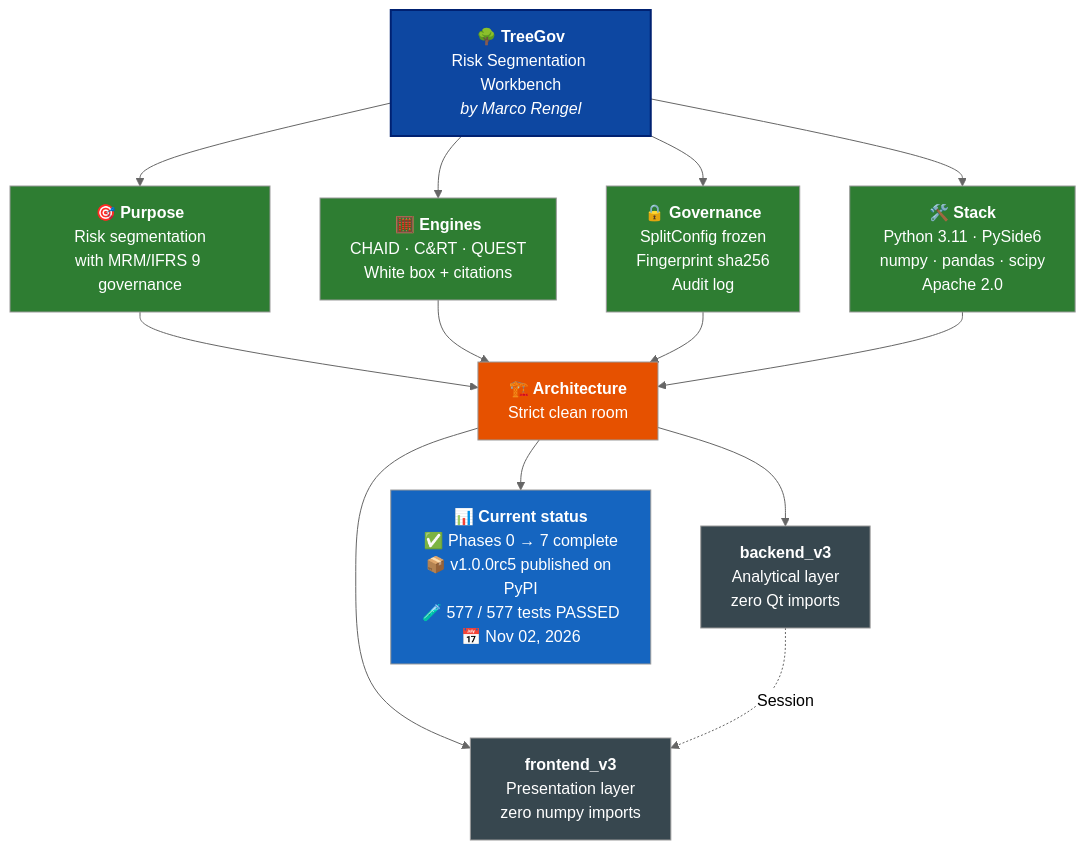
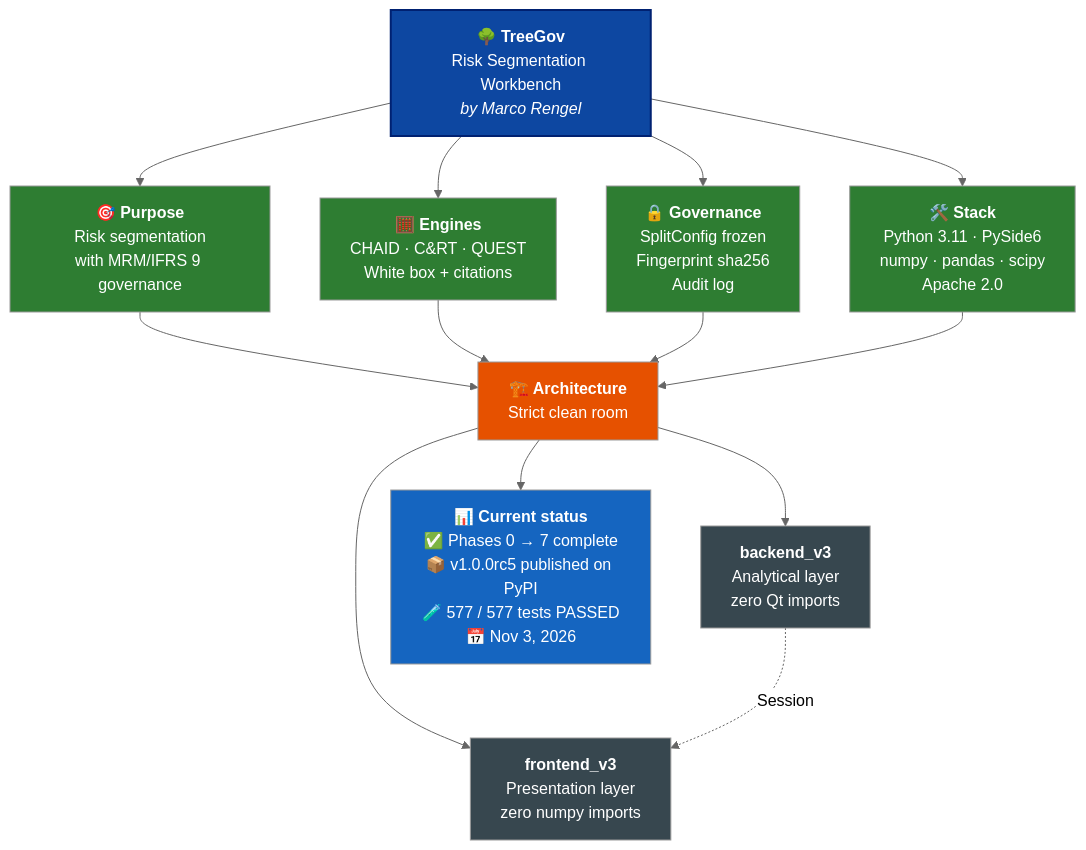
The diagram in README.md (Marco-Rengel/treegov), drawn with Mermaid (neutral theme) before and after one commit. The commit also changed 4 other files, not shown here.

````diff
--- a/README.md
+++ b/README.md
@@ -38,31 +38,31 @@
 ```mermaid
 flowchart TB
     TG["<b>🌳 TreeGov</b><br/>Risk Segmentation Workbench<br/><i>by Marco Rengel</i>"]
 
     TG --> P["<b>🎯 Purpose</b><br/>Risk segmentation<br/>with MRM/IFRS 9 governance"]
     TG --> M["<b>🧮 Engines</b><br/>CHAID · C&RT · QUEST<br/>White box + citations"]
     TG --> G["<b>🔒 Governance</b><br/>SplitConfig frozen<br/>Fingerprint sha256<br/>Audit log"]
     TG --> S["<b>🛠️ Stack</b><br/>Python 3.11 · PySide6<br/>numpy · pandas · scipy<br/>Apache 2.0"]
 
     P --> ARQ["<b>🏗️ Architecture</b><br/>Strict clean room"]
     M --> ARQ
     G --> ARQ
     S --> ARQ
 
     ARQ --> BE["<b>backend_v3</b><br/>Analytical layer<br/>zero Qt imports"]
     ARQ --> FE["<b>frontend_v3</b><br/>Presentation layer<br/>zero numpy imports"]
 
     BE -.->|Session| FE
 
-    ARQ --> ST["<b>📊 Current status</b><br/>✅ Phases 0 → 7 complete<br/>📦 v1.0.0rc5 published on PyPI<br/>🧪 577 / 577 tests PASSED<br/>📅 Nov 02, 2026"]
+    ARQ --> ST["<b>📊 Current status</b><br/>✅ Phases 0 → 7 complete<br/>📦 v1.0.0rc5 published on PyPI<br/>🧪 577 / 577 tests PASSED<br/>📅 Nov 3, 2026"]
 
     style TG fill:#0D47A1,color:#fff,stroke:#002171,stroke-width:2px
     style P fill:#2E7D32,color:#fff
     style M fill:#2E7D32,color:#fff
     style G fill:#2E7D32,color:#fff
     style S fill:#2E7D32,color:#fff
     style ARQ fill:#E65100,color:#fff
     style BE fill:#37474F,color:#fff
     style FE fill:#37474F,color:#fff
     style ST fill:#1565C0,color:#fff
 ```
````
